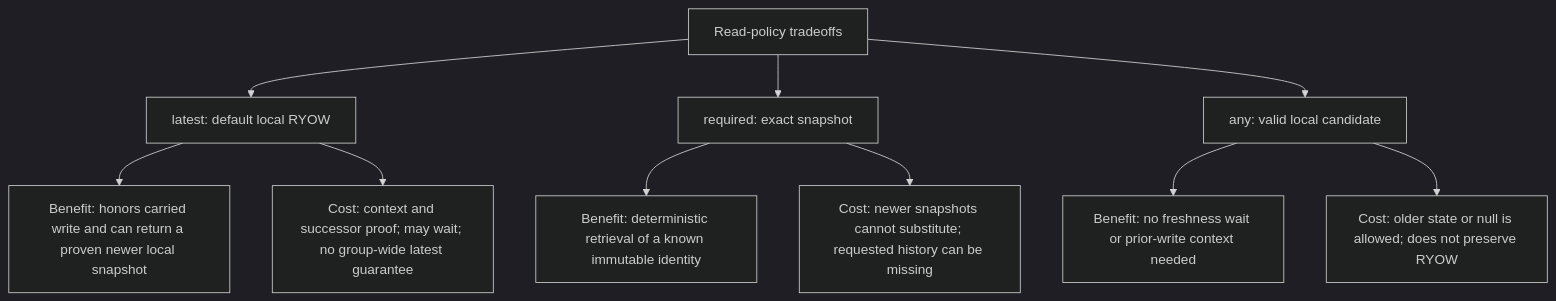
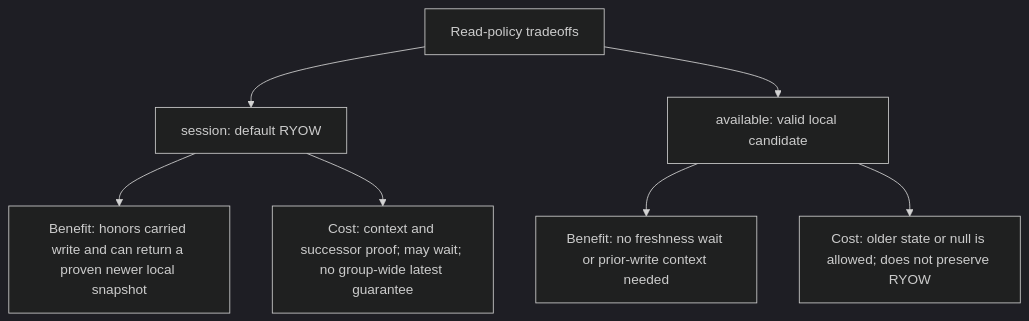
The fifth of 5 diagrams in decisions.md (alberttwong/redis-multi-region-adapter), drawn with Mermaid (dark theme) before and after one commit. The commit also changed other lines of this file and 12 other files, not shown here.

Commit message:
Clarify Session and Available read behaviors

````diff
--- a/decisions.md
+++ b/decisions.md
@@ -233,12 +225,9 @@
 ```mermaid
 flowchart TD
-    Reads["Read-policy tradeoffs"] --> Latest["latest: default local RYOW"]
+    Reads["Read-policy tradeoffs"] --> Latest["session: default RYOW"]
     Latest --> LPro["Benefit: honors carried write and can return a proven newer local snapshot"]
     Latest --> LCost["Cost: context and successor proof; may wait; no group-wide latest guarantee"]
-    Reads --> Exact["required: exact snapshot"]
-    Exact --> EPro["Benefit: deterministic retrieval of a known immutable identity"]
-    Exact --> ECost["Cost: newer snapshots cannot substitute; requested history can be missing"]
-    Reads --> Any["any: valid local candidate"]
+    Reads --> Any["available: valid local candidate"]
     Any --> APro["Benefit: no freshness wait or prior-write context needed"]
     Any --> ACost["Cost: older state or null is allowed; does not preserve RYOW"]
 ```
````
